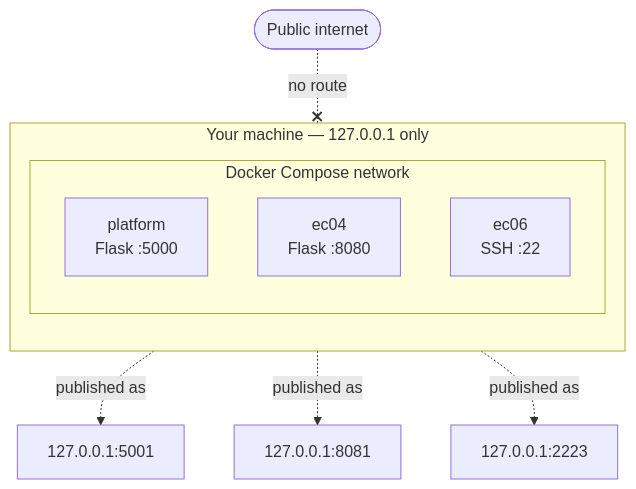
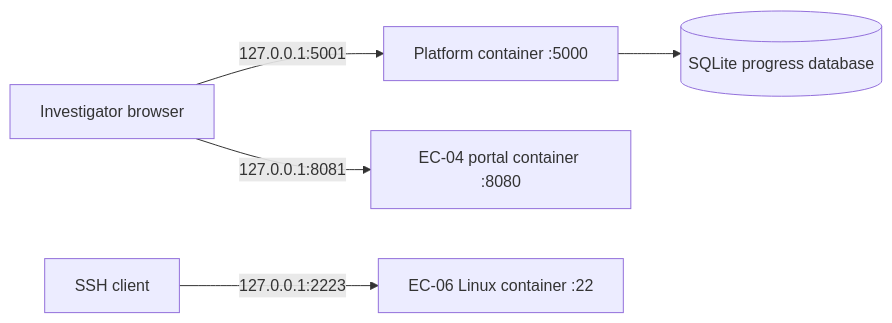
The fourth of 5 diagrams in README.md (chnk0x/Ecorp-CTFBox), drawn with Mermaid before and after one commit. The commit also changed other lines of this file, not shown here.

````diff
--- a/README.md
+++ b/README.md
@@ -164,15 +158,7 @@
 ```mermaid
-flowchart TB
-    subgraph HOST["Your machine — 127.0.0.1 only"]
-        direction TB
-        subgraph COMPOSE["Docker Compose network"]
-            PL["platform<br/>Flask :5000"]
-            E4["ec04<br/>Flask :8080"]
-            E6["ec06<br/>SSH :22"]
-        end
-    end
-    PL -. published as .-> A1["127.0.0.1:5001"]
-    E4 -. published as .-> A2["127.0.0.1:8081"]
-    E6 -. published as .-> A3["127.0.0.1:2223"]
-    NET(["Public internet"]) -. no route .-x HOST
+flowchart LR
+    B[Investigator browser] -->|127.0.0.1:5001| P[Platform container :5000]
+    B -->|127.0.0.1:8081| W[EC-04 portal container :8080]
+    C[SSH client] -->|127.0.0.1:2223| L[EC-06 Linux container :22]
+    P --> D[(SQLite progress database)]
 ```
````
